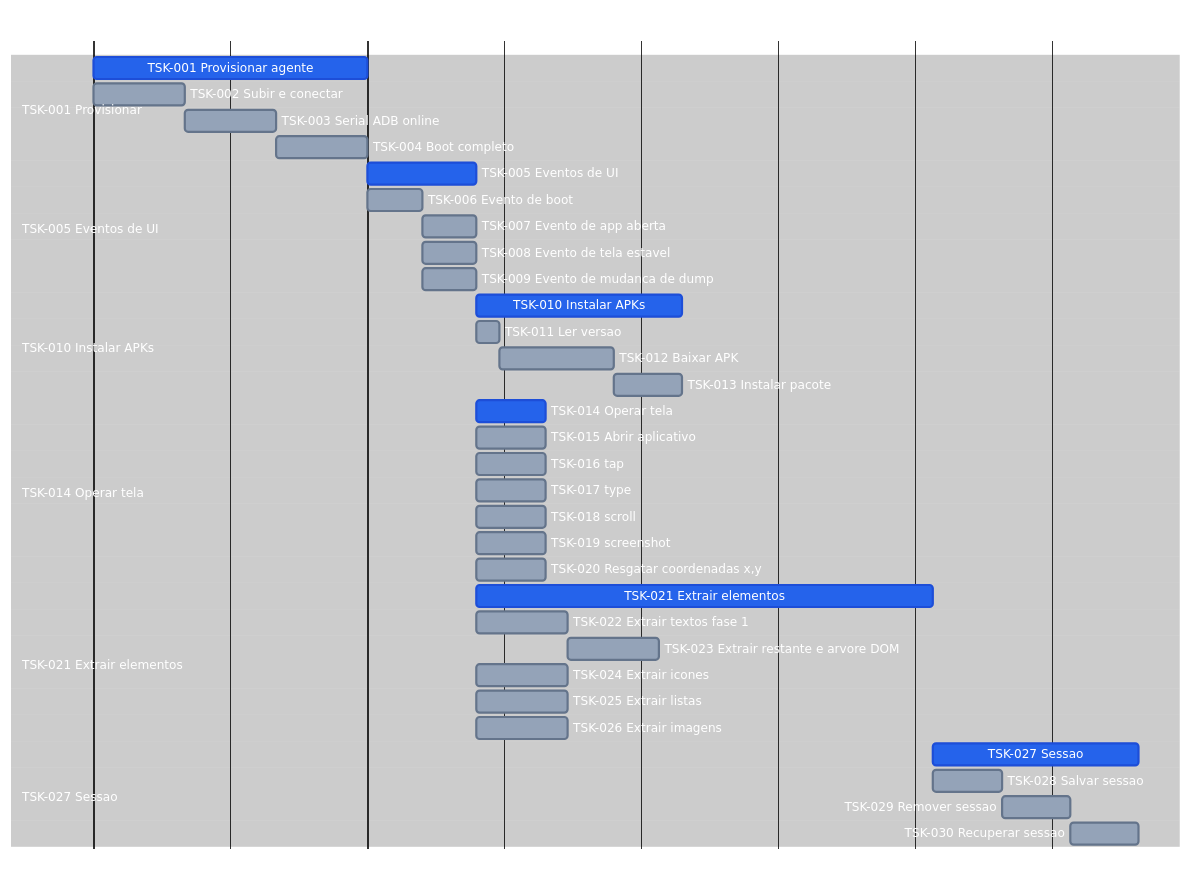
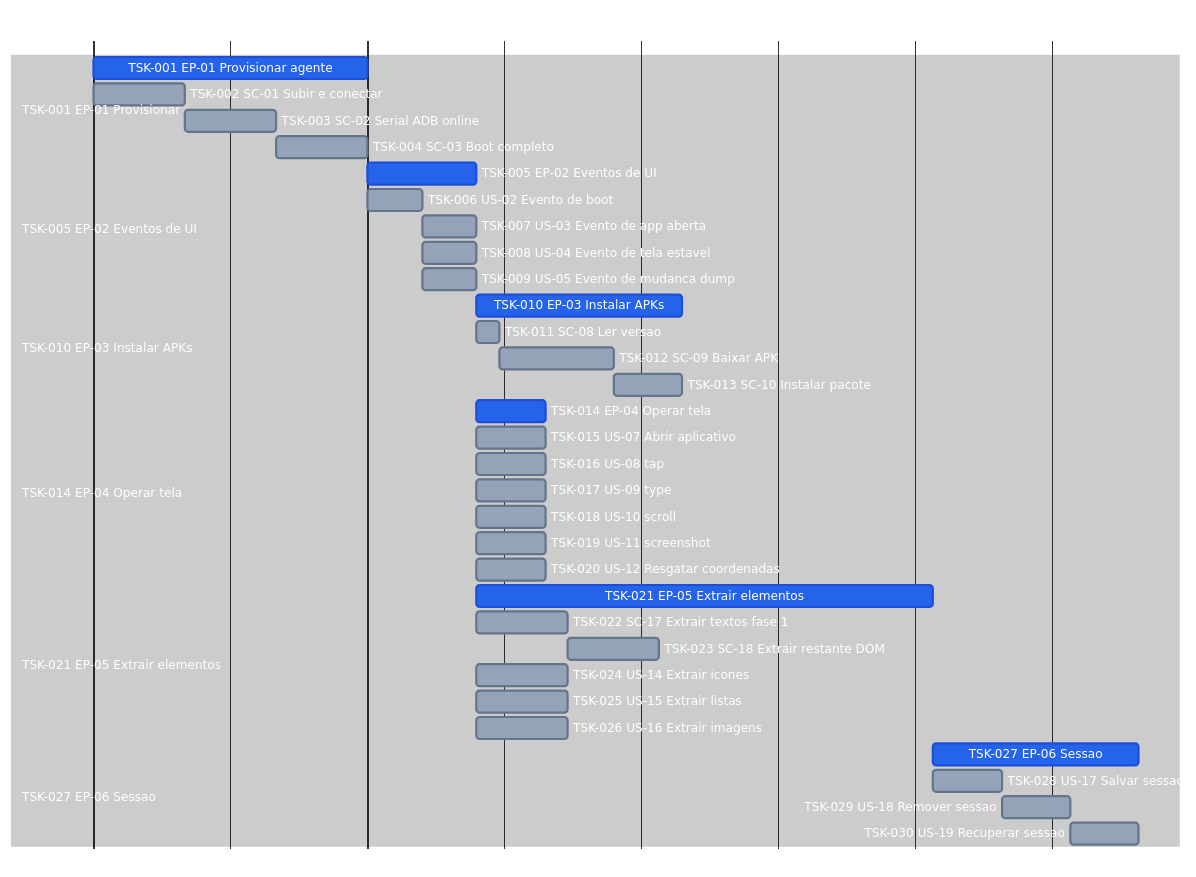
One commit to laerciogermano/workstation changed the diagram in connectmax/screen-robot/7.tasks.md. Above: the diagram before and after it, drawn with Mermaid. The commit also changed other lines of this file, not shown here.

Commit message:
Inclui IDs EP/US/SC junto com TSK em cada barra do Gantt de tasks.

````diff
--- a/connectmax/screen-robot/7.tasks.md
+++ b/connectmax/screen-robot/7.tasks.md
@@ -13,81 +13,81 @@
 ```mermaid
 ---
 config:
   theme: base
   themeVariables:
     darkMode: true
     background: '#000000'
     primaryTextColor: '#ffffff'
     secondaryTextColor: '#ffffff'
     tertiaryTextColor: '#ffffff'
     textColor: '#ffffff'
     lineColor: '#333333'
     mainBkg: '#000000'
     secondaryColor: '#000000'
     tertiaryColor: '#000000'
     sectionBkgColor: '#000000'
     sectionBkgColor2: '#000000'
     altSectionBkgColor: '#000000'
     gridColor: '#222222'
     excludeBkgColor: '#000000'
     todayLineColor: '#444444'
     doneTaskBkgColor: '#2563eb'
     doneTaskBorderColor: '#1d4ed8'
     taskBkgColor: '#94a3b8'
     taskBorderColor: '#64748b'
     taskTextColor: '#ffffff'
     taskTextDarkColor: '#ffffff'
     taskTextLightColor: '#ffffff'
     taskTextOutsideColor: '#ffffff'
     critBkgColor: '#2563eb'
     critBorderColor: '#1d4ed8'
     activeTaskBkgColor: '#94a3b8'
     activeTaskBorderColor: '#64748b'
 ---
 gantt
   title screen-robot TSK
   dateFormat X
   axisFormat %s
 
-  section TSK-001 Provisionar
-  TSK-001 Provisionar agente            :done, tsk01, 0, 60m
-  TSK-002 Subir e conectar              :tsk02, 0, 20m
-  TSK-003 Serial ADB online             :tsk03, after tsk02, 20m
-  TSK-004 Boot completo                 :tsk04, after tsk03, 20m
+  section TSK-001 EP-01 Provisionar
+  TSK-001 EP-01 Provisionar agente      :done, tsk01, 0, 60m
+  TSK-002 SC-01 Subir e conectar        :tsk02, 0, 20m
+  TSK-003 SC-02 Serial ADB online       :tsk03, after tsk02, 20m
+  TSK-004 SC-03 Boot completo           :tsk04, after tsk03, 20m
 
-  section TSK-005 Eventos de UI
-  TSK-005 Eventos de UI                 :done, tsk05, after tsk01, 24m
-  TSK-006 Evento de boot                :tsk06, after tsk01, 12m
-  TSK-007 Evento de app aberta          :tsk07, after tsk06, 12m
-  TSK-008 Evento de tela estavel        :tsk08, after tsk06, 12m
-  TSK-009 Evento de mudanca de dump     :tsk09, after tsk06, 12m
+  section TSK-005 EP-02 Eventos de UI
+  TSK-005 EP-02 Eventos de UI           :done, tsk05, after tsk01, 24m
+  TSK-006 US-02 Evento de boot          :tsk06, after tsk01, 12m
+  TSK-007 US-03 Evento de app aberta    :tsk07, after tsk06, 12m
+  TSK-008 US-04 Evento de tela estavel  :tsk08, after tsk06, 12m
+  TSK-009 US-05 Evento de mudanca dump  :tsk09, after tsk06, 12m
 
-  section TSK-010 Instalar APKs
-  TSK-010 Instalar APKs                 :done, tsk10, after tsk09, 45m
-  TSK-011 Ler versao                    :tsk11, after tsk09, 5m
-  TSK-012 Baixar APK                    :tsk12, after tsk11, 25m
-  TSK-013 Instalar pacote               :tsk13, after tsk12, 15m
+  section TSK-010 EP-03 Instalar APKs
+  TSK-010 EP-03 Instalar APKs           :done, tsk10, after tsk09, 45m
+  TSK-011 SC-08 Ler versao              :tsk11, after tsk09, 5m
+  TSK-012 SC-09 Baixar APK              :tsk12, after tsk11, 25m
+  TSK-013 SC-10 Instalar pacote         :tsk13, after tsk12, 15m
 
-  section TSK-014 Operar tela
-  TSK-014 Operar tela                   :done, tsk14, after tsk09, 15m
-  TSK-015 Abrir aplicativo              :tsk15, after tsk09, 15m
-  TSK-016 tap                           :tsk16, after tsk09, 15m
-  TSK-017 type                          :tsk17, after tsk09, 15m
-  TSK-018 scroll                        :tsk18, after tsk09, 15m
-  TSK-019 screenshot                    :tsk19, after tsk09, 15m
-  TSK-020 Resgatar coordenadas x,y      :tsk20, after tsk09, 15m
+  section TSK-014 EP-04 Operar tela
+  TSK-014 EP-04 Operar tela             :done, tsk14, after tsk09, 15m
+  TSK-015 US-07 Abrir aplicativo        :tsk15, after tsk09, 15m
+  TSK-016 US-08 tap                     :tsk16, after tsk09, 15m
+  TSK-017 US-09 type                    :tsk17, after tsk09, 15m
+  TSK-018 US-10 scroll                  :tsk18, after tsk09, 15m
+  TSK-019 US-11 screenshot              :tsk19, after tsk09, 15m
+  TSK-020 US-12 Resgatar coordenadas    :tsk20, after tsk09, 15m
 
-  section TSK-021 Extrair elementos
-  TSK-021 Extrair elementos             :done, tsk21, after tsk09, 100m
-  TSK-022 Extrair textos fase 1         :tsk22, after tsk09, 20m
-  TSK-023 Extrair restante e arvore DOM :tsk23, after tsk22, 20m
-  TSK-024 Extrair icones                :tsk24, after tsk09, 20m
-  TSK-025 Extrair listas                :tsk25, after tsk09, 20m
-  TSK-026 Extrair imagens               :tsk26, after tsk09, 20m
+  section TSK-021 EP-05 Extrair elementos
+  TSK-021 EP-05 Extrair elementos       :done, tsk21, after tsk09, 100m
+  TSK-022 SC-17 Extrair textos fase 1   :tsk22, after tsk09, 20m
+  TSK-023 SC-18 Extrair restante DOM    :tsk23, after tsk22, 20m
+  TSK-024 US-14 Extrair icones          :tsk24, after tsk09, 20m
+  TSK-025 US-15 Extrair listas          :tsk25, after tsk09, 20m
+  TSK-026 US-16 Extrair imagens         :tsk26, after tsk09, 20m
 
-  section TSK-027 Sessao
-  TSK-027 Sessao                        :done, tsk27, after tsk21, 45m
-  TSK-028 Salvar sessao                 :tsk28, after tsk21, 15m
-  TSK-029 Remover sessao                :tsk29, after tsk28, 15m
-  TSK-030 Recuperar sessao              :tsk30, after tsk29, 15m
+  section TSK-027 EP-06 Sessao
+  TSK-027 EP-06 Sessao                  :done, tsk27, after tsk21, 45m
+  TSK-028 US-17 Salvar sessao           :tsk28, after tsk21, 15m
+  TSK-029 US-18 Remover sessao          :tsk29, after tsk28, 15m
+  TSK-030 US-19 Recuperar sessao        :tsk30, after tsk29, 15m
 ```
````
